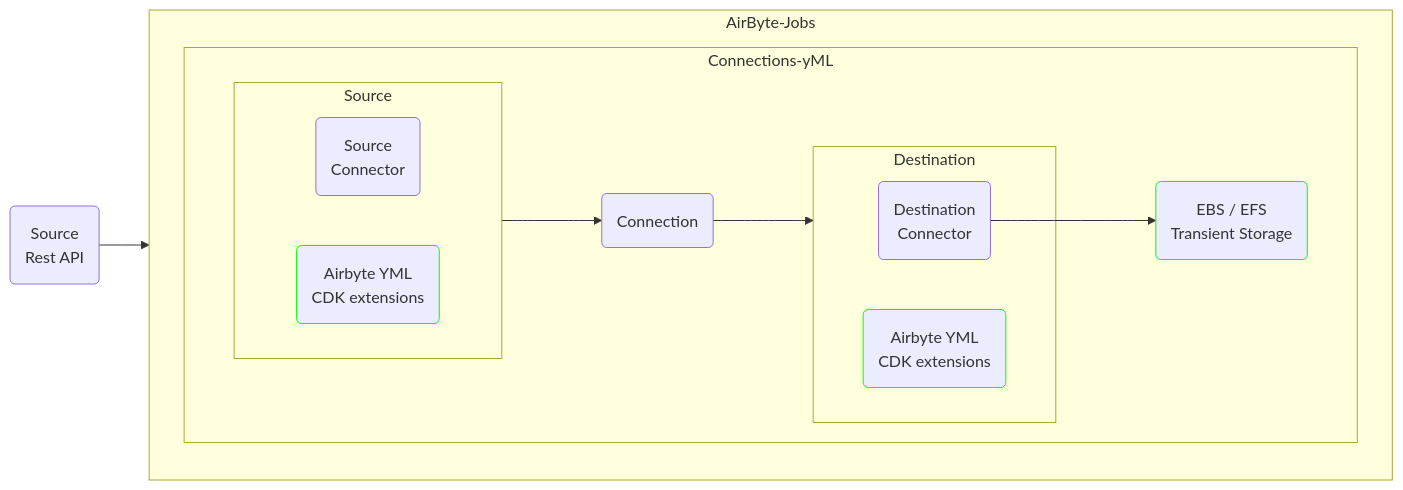
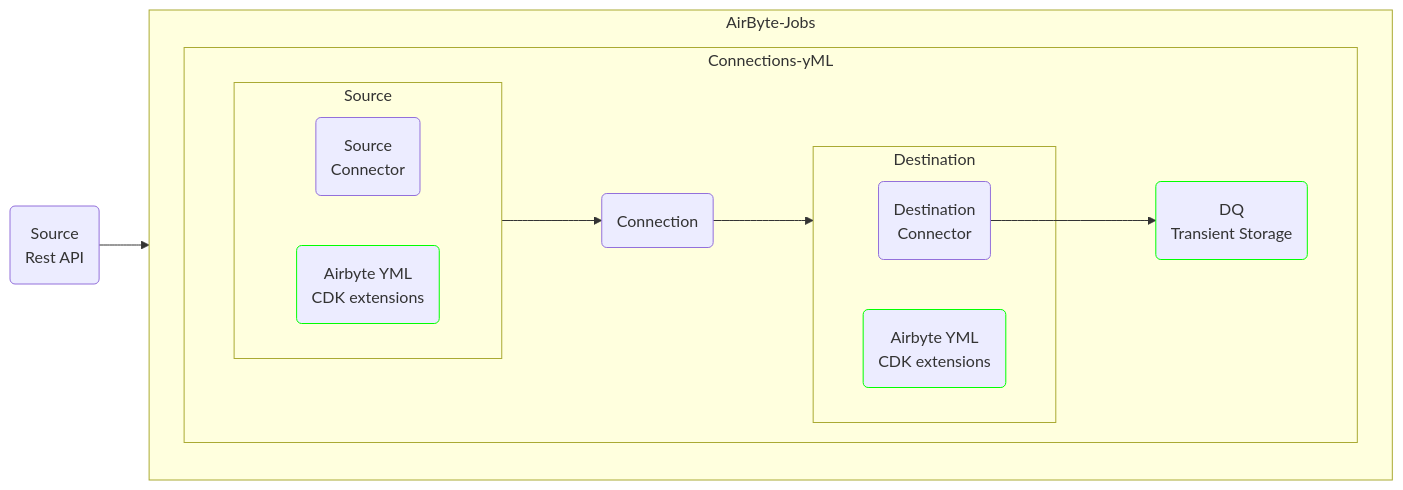
One commit to peddadap/design_templates changed the first of 10 diagrams in README.md. Above: the diagram before and after it, drawn with Mermaid. The commit also changed other lines of this file, not shown here.

Commit message:
airflow changes

````diff
--- a/README.md
+++ b/README.md
@@ -67,25 +67,25 @@
 ```mermaid
 flowchart LR
    A1(Source \n Rest API)
     subgraph AirByte-Jobs
         subgraph Connections-yML 
             subgraph Source
                 A2(Source \n Connector)
                 A2.1(Airbyte YML \n CDK extensions):::module
             end
             A3(Connection)
             subgraph Destination
                 A4(Destination \n Connector)
                 A4.1(Airbyte YML \n CDK extensions):::module
             end
-            A5( EBS / EFS \n Transient Storage):::module
+            A5( DQ  \n Transient Storage):::module
         end
     end
     classDef module stroke:#0f0
     A1-->AirByte-Jobs
     Source-->A3
     A3-->Destination
     A4-->A5
 
 
 ```
````
